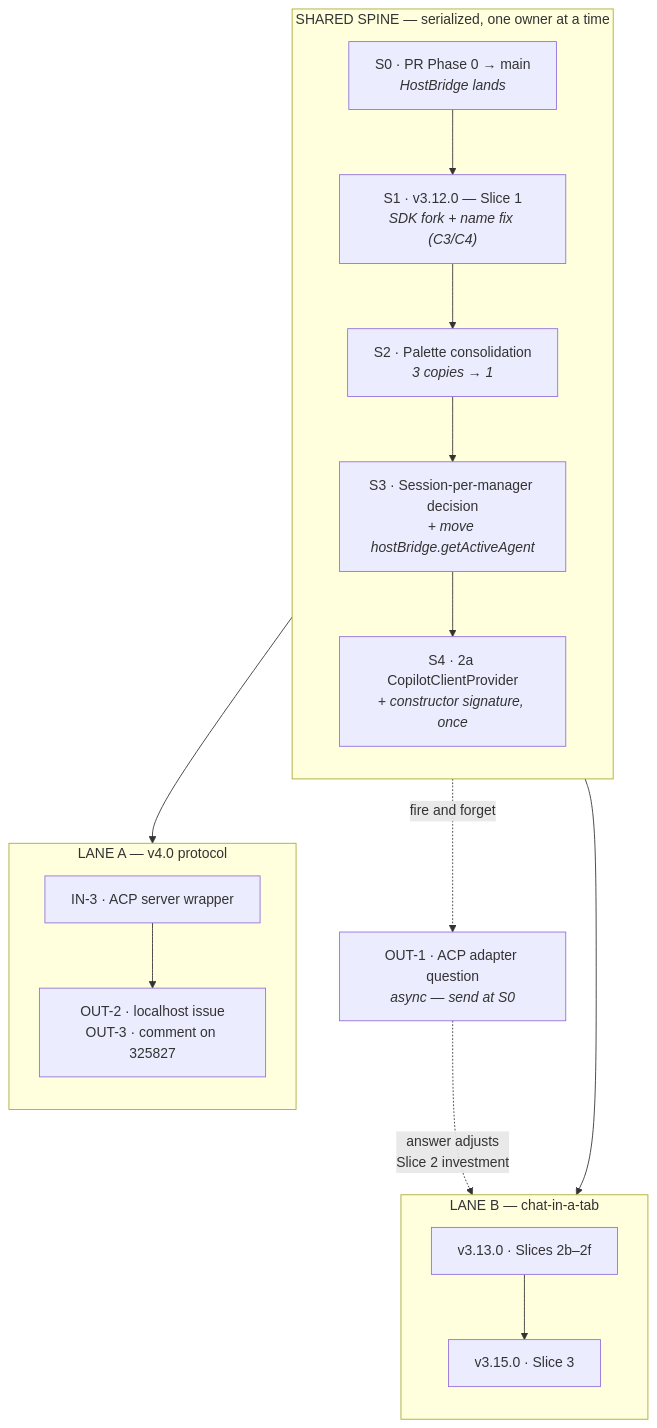
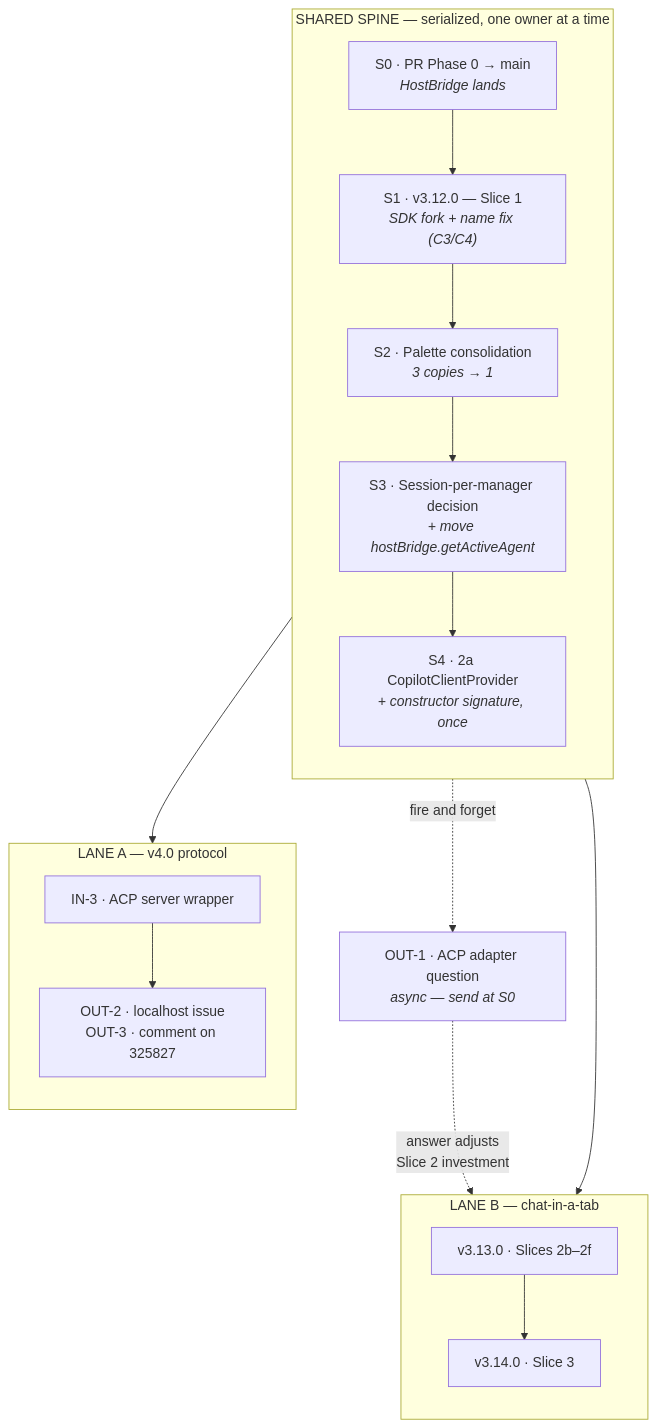
One commit to darthmolen/vscode-extension-copilot-cli changed the diagram in planning/acp-ahp-chat-tabs-dual-stream-work-order.md. Above: the diagram before and after it, drawn with Mermaid. The commit also changed other lines of this file and 1 other file, not shown here.

````diff
--- a/planning/acp-ahp-chat-tabs-dual-stream-work-order.md
+++ b/planning/acp-ahp-chat-tabs-dual-stream-work-order.md
@@ -18,25 +18,25 @@
 ```mermaid
 flowchart TD
     subgraph SPINE["SHARED SPINE — serialized, one owner at a time"]
         direction TB
         S0["S0 · PR Phase 0 → main<br/><i>HostBridge lands</i>"]
         S1["S1 · v3.12.0 — Slice 1<br/><i>SDK fork + name fix (C3/C4)</i>"]
         S2["S2 · Palette consolidation<br/><i>3 copies → 1</i>"]
         S3["S3 · Session-per-manager decision<br/><i>+ move hostBridge.getActiveAgent</i>"]
         S4["S4 · 2a CopilotClientProvider<br/><i>+ constructor signature, once</i>"]
         S0 --> S1 --> S2 --> S3 --> S4
     end
     OUT1["OUT-1 · ACP adapter question<br/><i>async — send at S0</i>"]
     S0 -.->|fire and forget| OUT1
     S4 --> A1
     S4 --> B1
     subgraph LANEA["LANE A — v4.0 protocol"]
         direction TB
         A1["IN-3 · ACP server wrapper"] --> A2["OUT-2 · localhost issue<br/>OUT-3 · comment on 325827"]
     end
     subgraph LANEB["LANE B — chat-in-a-tab"]
         direction TB
-        B1["v3.13.0 · Slices 2b–2f"] --> B2["v3.15.0 · Slice 3"]
+        B1["v3.13.0 · Slices 2b–2f"] --> B2["v3.14.0 · Slice 3"]
     end
     OUT1 -.->|answer adjusts<br/>Slice 2 investment| B1
 ```
````
